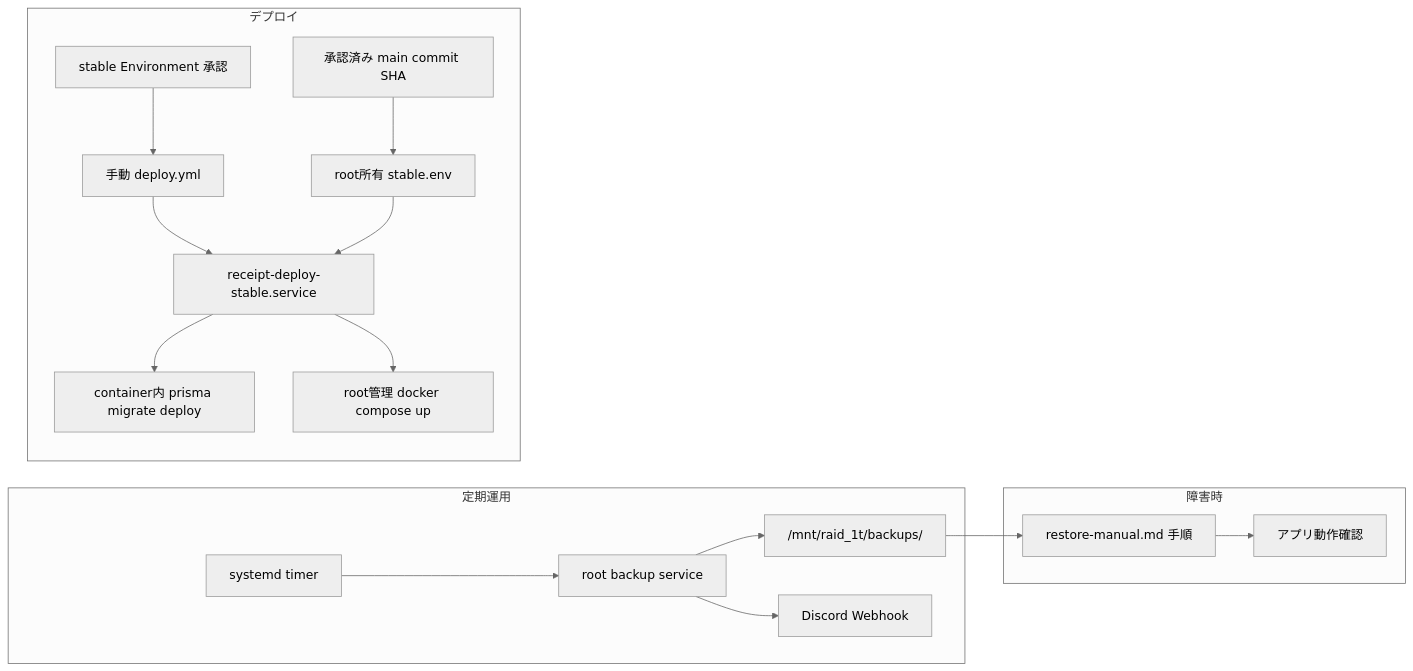
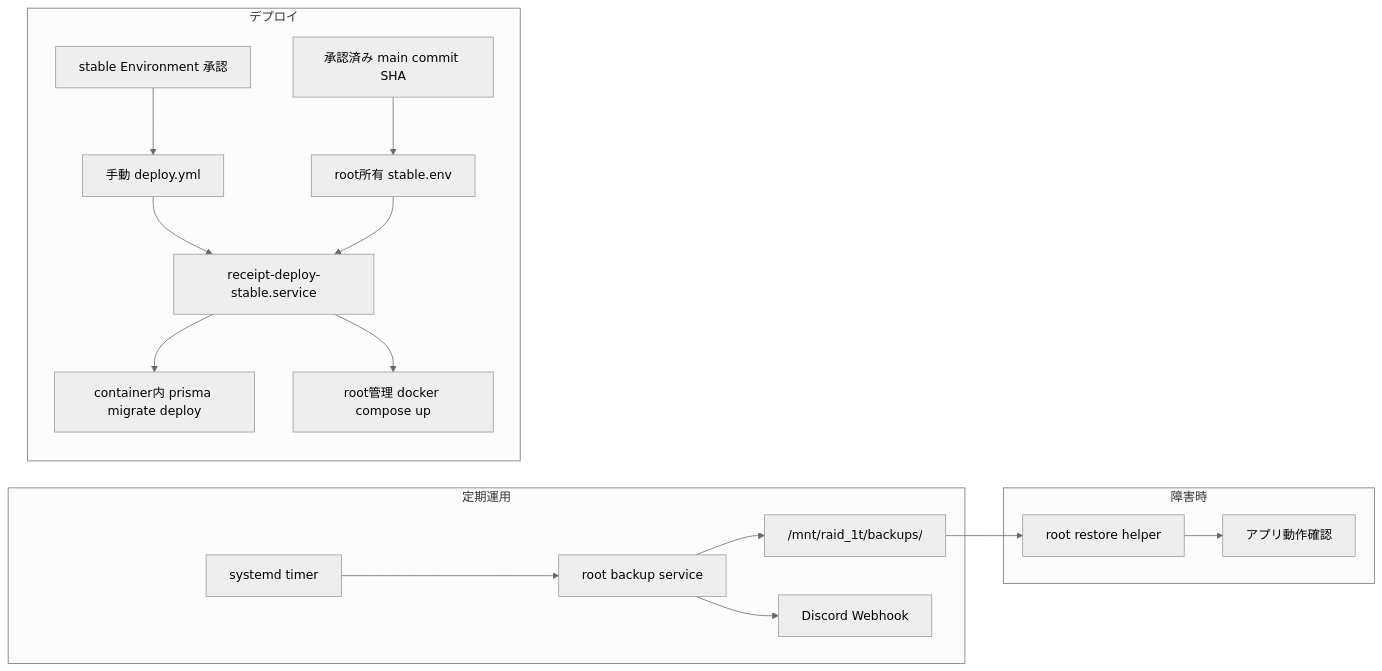
Before and after one commit to yama180sx/receipt-ai-app: the diagram in docs/design/operations.md, drawn with Mermaid (neutral theme). The commit also changed other lines of this file and 5 other files, not shown here.

Commit message:
feat: Issue #129-2 add root-managed restore helper

````diff
--- a/docs/design/operations.md
+++ b/docs/design/operations.md
@@ -333,22 +333,22 @@
 ```mermaid
 flowchart LR
   subgraph daily [定期運用]
     Timer[systemd timer] --> Backup[root backup service]
     Backup --> RAID["/mnt/raid_1t/backups/"]
     Backup --> Discord[Discord Webhook]
   end
 
   subgraph deploy [デプロイ]
     Main[承認済み main commit SHA] --> RootConfig[root所有 stable.env]
     Approval[stable Environment 承認] --> GHA[手動 deploy.yml]
     GHA --> Unit[receipt-deploy-stable.service]
     RootConfig --> Unit
     Unit --> Migrate[container内 prisma migrate deploy]
     Unit --> Compose[root管理 docker compose up]
   end
 
   subgraph recovery [障害時]
-    RAID --> Restore[restore-manual.md 手順]
+    RAID --> Restore[root restore helper]
     Restore --> App[アプリ動作確認]
   end
 ```
````
